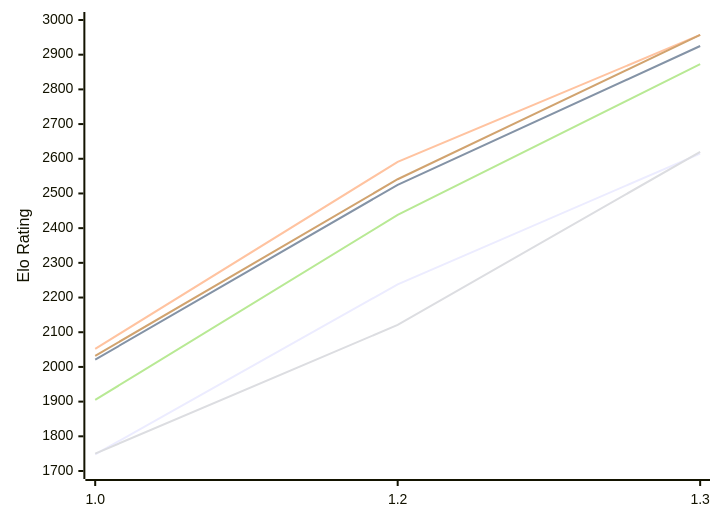
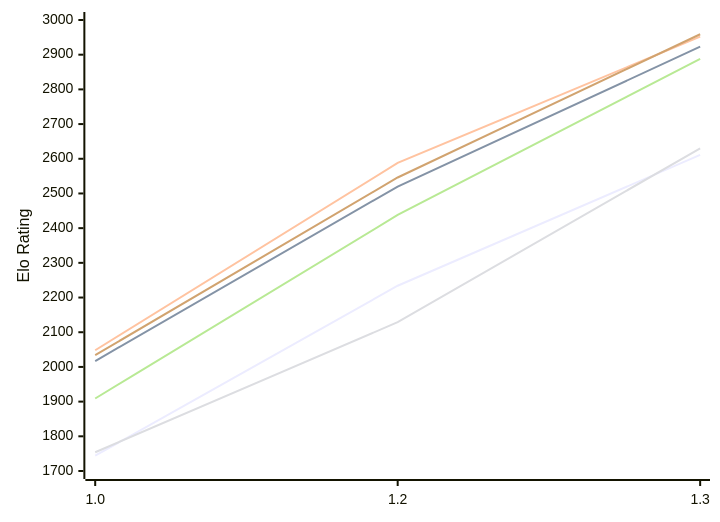
One commit to computer-chess-index/cci changed the first of 2 diagrams in engines/Echekinator.md. Above: the diagram before and after it, drawn with Mermaid. The commit also changed other lines of this file, not shown here.

Commit message:
Update CCI Ratings (ELO VLTC) - 2026-11-21

````diff
--- a/engines/Echekinator.md
+++ b/engines/Echekinator.md
@@ -52,12 +52,12 @@
 ```mermaid
 %%{init: {"theme":"base","themeVariables":{"seriesColors:['#a3a3a3','#222221','#faa371']}}}%%
 xychart-beta
   x-axis ["1.0", "1.2", "1.3"]
   y-axis "Elo Rating" 1700 --> 3000
-  line "E1: STC (8.0+0.08s)" [1748, 2238, 2615]
-  line "E1: LTC (60.0+0.60s)" [2021, 2525, 2925]
-  line "E1: VLTC (2m24s+1.12s)" [2052, 2591, 2957]
-  line "P1: STC (8.0+0.08s)" [1750, 2121, 2620]
-  line "P1: LTC (60.0+0.60s)" [1905, 2438, 2873]
-  line "P1: VLTC (2m24s+1.12s)" [2032, 2541, 2957]
+  line "E1: STC (8.0+0.08s)" [1744, 2234, 2611]
+  line "E1: LTC (60.0+0.60s)" [2017, 2520, 2923]
+  line "E1: VLTC (2m24s+1.12s)" [2048, 2588, 2952]
+  line "P1: STC (8.0+0.08s)" [1754, 2129, 2630]
+  line "P1: LTC (60.0+0.60s)" [1909, 2438, 2888]
+  line "P1: VLTC (2m24s+1.12s)" [2034, 2546, 2959]
 ```
````
